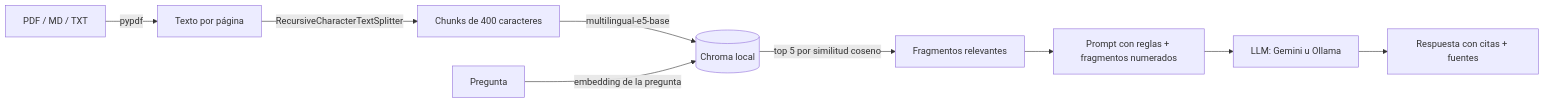
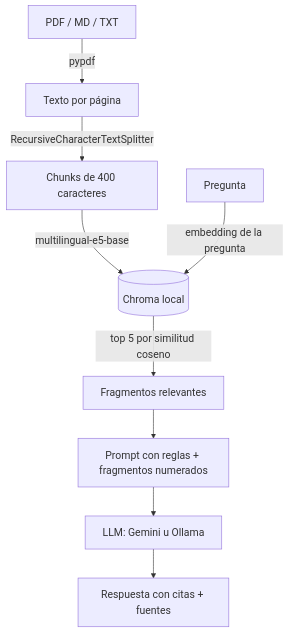
Before and after one commit to J17023/rag-document-assistant: the diagram in README.md, drawn with Mermaid. The commit also changed other lines of this file, not shown here.

````diff
--- a/README.md
+++ b/README.md
@@ -28,11 +28,12 @@
 ```mermaid
-flowchart LR
+%%{init: {'themeVariables': {'fontSize': '18px'}}}%%
+flowchart TD
     A[PDF / MD / TXT] -->|pypdf| B[Texto por página]
     B -->|RecursiveCharacterTextSplitter| C[Chunks de 400 caracteres]
     C -->|multilingual-e5-base| D[(Chroma local)]
     Q[Pregunta] -->|embedding de la pregunta| D
     D -->|top 5 por similitud coseno| E[Fragmentos relevantes]
     E --> F[Prompt con reglas + fragmentos numerados]
     F --> G[LLM: Gemini u Ollama]
     G --> H[Respuesta con citas + fuentes]
 ```
````
